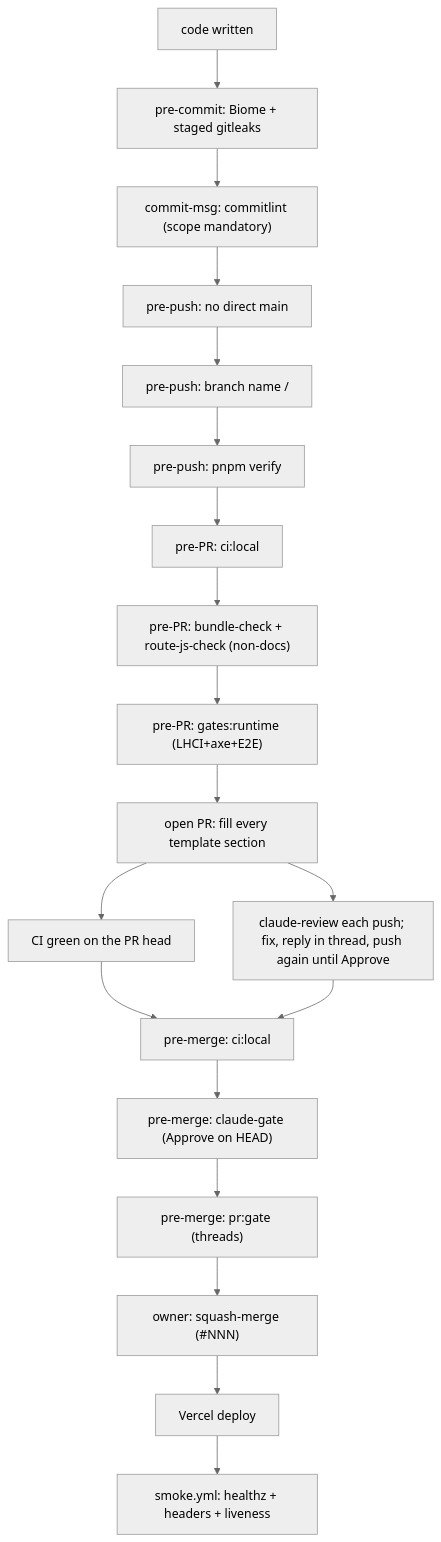
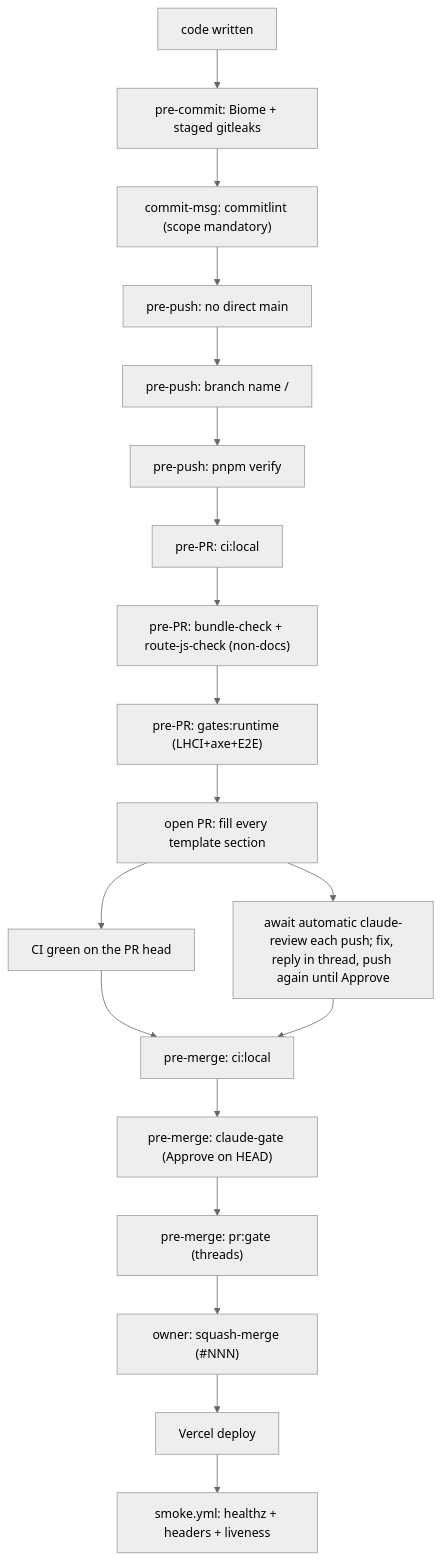
Before and after one commit to erikunha/portfolio: the first of 2 diagrams in docs/handbook/review-merge-release.md, drawn with Mermaid (neutral theme). The commit also changed other lines of this file and 2 other files, not shown here.

Commit message:
docs(review): align automatic review guidance across pr targets
The sub-pr rule assumes integration targets reject automatic reviews.
Eligible synchronize events use the same trigger and concurrency group for all targets.
Remove the branch-specific manual request and await the automatic run.
Allow manual retries after inspecting a completed attempt without a verdict.
Update the review rule, decision entry, handbook and its gate diagram together.

````diff
--- a/docs/handbook/review-merge-release.md
+++ b/docs/handbook/review-merge-release.md
@@ -7,21 +7,21 @@
 ```mermaid
 flowchart TD
     write["code written"] --> c1["pre-commit: Biome + staged gitleaks"]
     c1 --> c2["commit-msg: commitlint (scope mandatory)"]
     c2 --> p1["pre-push: no direct main"]
     p1 --> p2["pre-push: branch name <type>/<desc>"]
     p2 --> p5["pre-push: pnpm verify"]
     p5 --> r1["pre-PR: ci:local"]
     r1 --> r2["pre-PR: bundle-check + route-js-check (non-docs)"]
     r2 --> r4["pre-PR: gates:runtime (LHCI+axe+E2E)"]
     r4 --> o1["open PR: fill every template section"]
     o1 --> o1b["CI green on the PR head"]
-    o1 --> o2["claude-review each push; fix, reply in thread, push again until Approve"]
+    o1 --> o2["await automatic claude-review each push; fix, reply in thread, push again until Approve"]
     o1b --> m1["pre-merge: ci:local"]
     o2 --> m1
     m1 --> m3["pre-merge: claude-gate (Approve on HEAD)"]
     m3 --> m4["pre-merge: pr:gate (threads)"]
     m4 --> merge["owner: squash-merge (#NNN)"]
     merge --> deploy["Vercel deploy"]
     deploy --> smoke["smoke.yml: healthz + headers + liveness"]
 ```
````
